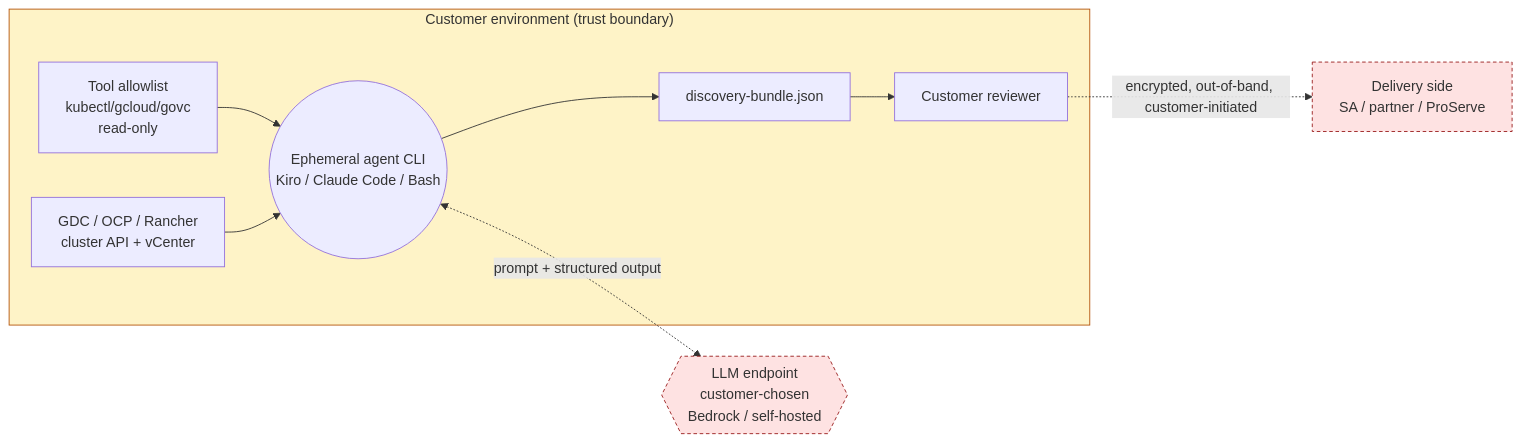
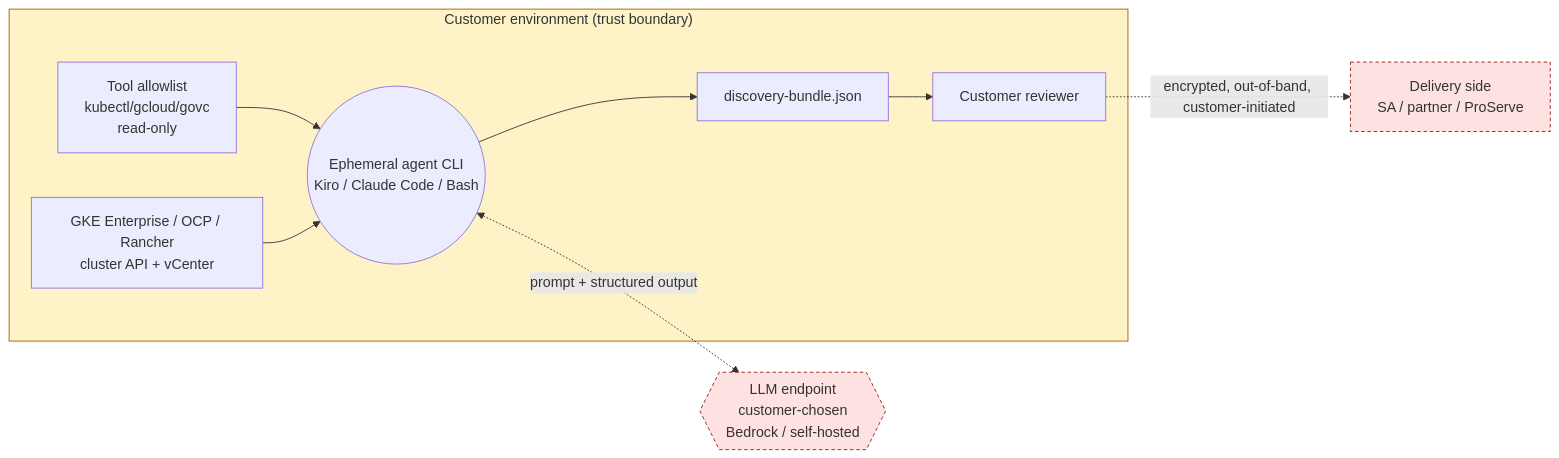
One commit to snese/agentic-container-migration-framework changed the third of 4 diagrams in docs/architecture/diagrams.md. Above: the diagram before and after it, drawn with Mermaid. The commit also changed other lines of this file, not shown here.

Commit message:
fix(final-sweep): diagrams.md — GDC→GKE Enterprise, remove App Runner node, ECS Fargate→ECS

````diff
--- a/docs/architecture/diagrams.md
+++ b/docs/architecture/diagrams.md
@@ -96,26 +93,26 @@
 ```mermaid
 flowchart LR
     subgraph CUST["Customer environment (trust boundary)"]
-        K[GDC / OCP / Rancher<br/>cluster API + vCenter]
+        K[GKE Enterprise / OCP / Rancher<br/>cluster API + vCenter]
         TA[Tool allowlist<br/>kubectl/gcloud/govc<br/>read-only]
         AG((Ephemeral agent CLI<br/>Kiro / Claude Code / Bash))
         BUN[discovery-bundle.json]
         H[Customer reviewer]
 
         TA --> AG
         K --> AG
         AG --> BUN
         BUN --> H
     end
 
     LLM{{LLM endpoint<br/>customer-chosen<br/>Bedrock / self-hosted}}
     AG <-.prompt + structured output.-> LLM
 
     DEL[Delivery side<br/>SA / partner / ProServe]
     H -.encrypted, out-of-band, customer-initiated.-> DEL
 
     classDef trust fill:#fef3c7,stroke:#b45309;
     classDef ext fill:#fee2e2,stroke:#991b1b,stroke-dasharray:4 3;
     class CUST trust;
     class LLM,DEL ext;
 ```
````
